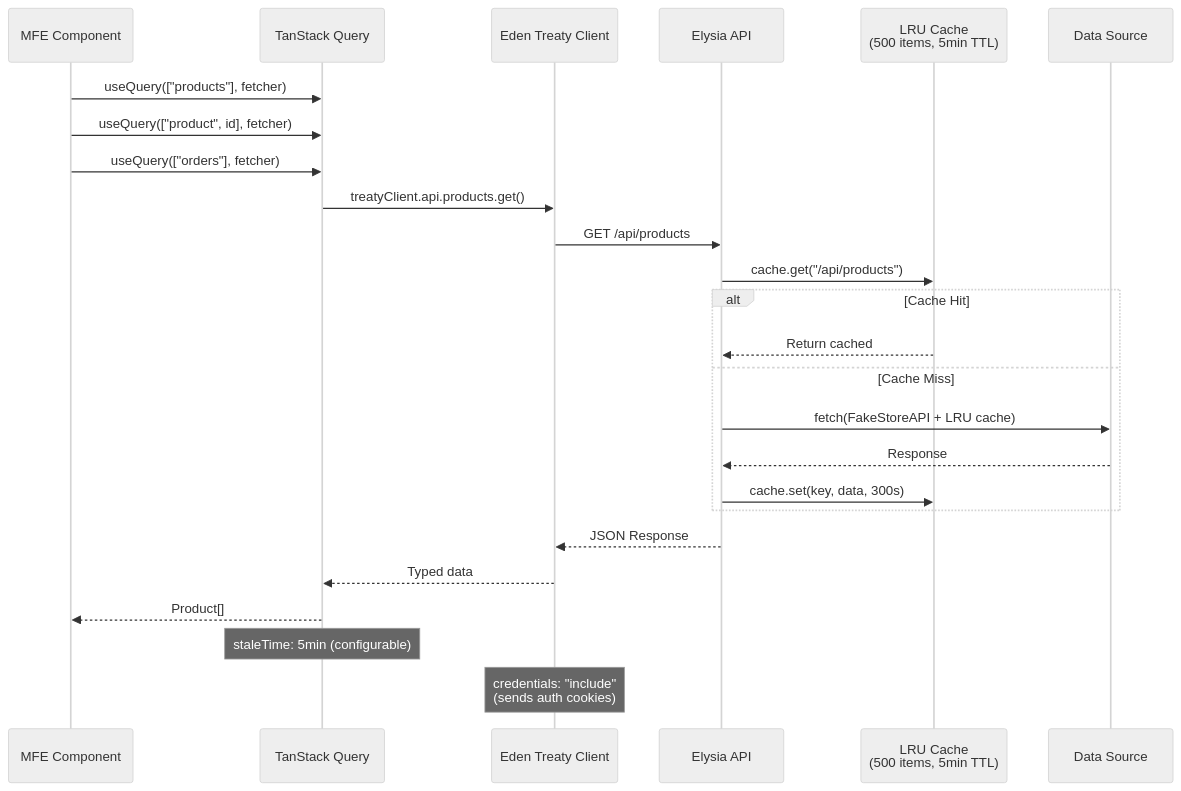
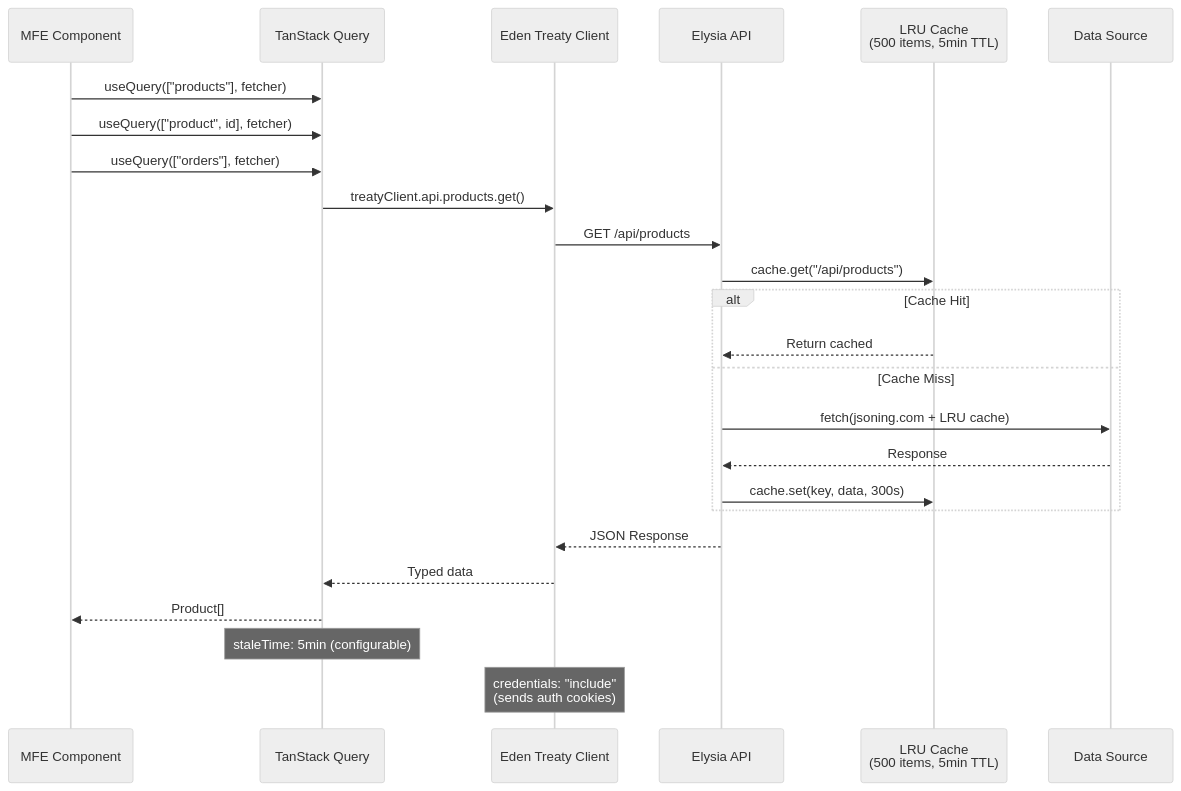
Before and after one commit to Its-Satyajit/MFECP: the sixth of 9 diagrams in docs/architecture.md, drawn with Mermaid (neutral theme). The commit also changed other lines of this file and 10 other files, not shown here.

First line of the commit message:
docs: update architecture to reflect local SQLite + cart/order MFUpdate architecture diagrams descriptions match recent appstructure and data sources. Key changes:

````diff
--- a/docs/architecture.md
+++ b/docs/architecture.md
@@ -229,31 +231,31 @@
 ```mermaid
 sequenceDiagram
     participant Component as MFE Component
     participant Q as TanStack Query
     participant Treaty as Eden Treaty Client
     participant Elysia as Elysia API
     participant Cache as LRU Cache<br/>(500 items, 5min TTL)
     participant Source as Data Source
 
     Component->>Q: useQuery(["products"], fetcher)
     Component->>Q: useQuery(["product", id], fetcher)
     Component->>Q: useQuery(["orders"], fetcher)
 
     Q->>Treaty: treatyClient.api.products.get()
     Treaty->>Elysia: GET /api/products
 
     Elysia->>Cache: cache.get("/api/products")
     alt Cache Hit
         Cache-->>Elysia: Return cached
     else Cache Miss
-        Elysia->>Source: fetch(FakeStoreAPI + LRU cache)
+        Elysia->>Source: fetch(jsoning.com + LRU cache)
         Source-->>Elysia: Response
         Elysia->>Cache: cache.set(key, data, 300s)
     end
     Elysia-->>Treaty: JSON Response
     Treaty-->>Q: Typed data
     Q-->>Component: Product[]
 
     Note over Q: staleTime: 5min (configurable)
     Note over Treaty: credentials: "include"<br/>(sends auth cookies)
 ```
````
